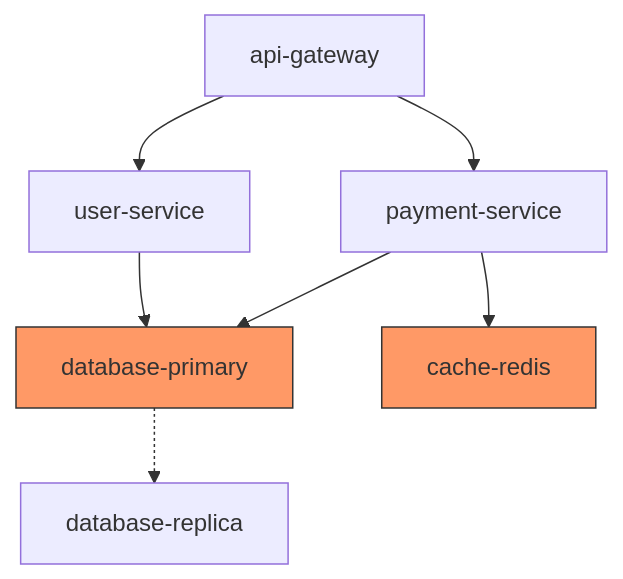
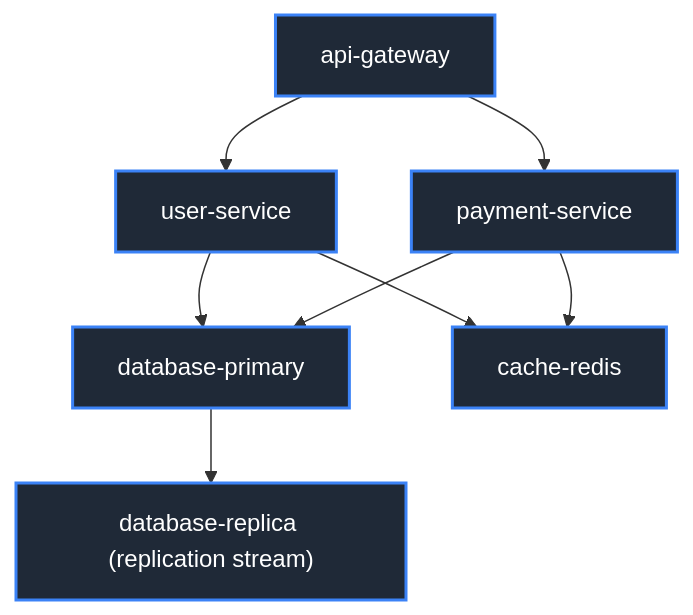
Before and after one commit to MrDunky14/SREBench: the diagram in README.md, drawn with Mermaid. The commit also changed other lines of this file and 29 other files, not shown here.

````diff
--- a/README.md
+++ b/README.md
@@ -147,12 +20,13 @@
 ```mermaid
 graph TD
-    GW[api-gateway] --> US[user-service]
-    GW --> PS[payment-service]
-    US --> DB1[database-primary]
-    PS --> DB1
-    PS --> RD[cache-redis]
-    DB1 -.-> DB2[database-replica]
-    
-    style DB1 fill:#f96,stroke:#333
-    style RD fill:#f96,stroke:#333
+    GW["api-gateway"] --> US["user-service"]
+    GW --> PS["payment-service"]
+    US --> DP["database-primary"]
+    US --> CR["cache-redis"]
+    PS --> DP
+    PS --> CR
+    DP --> DR["database-replica (replication stream)"]
+
+    classDef service fill:#1f2937,stroke:#3b82f6,stroke-width:2px,color:#fff;
+    class GW,US,PS,DP,DR,CR service;
 ```
````
